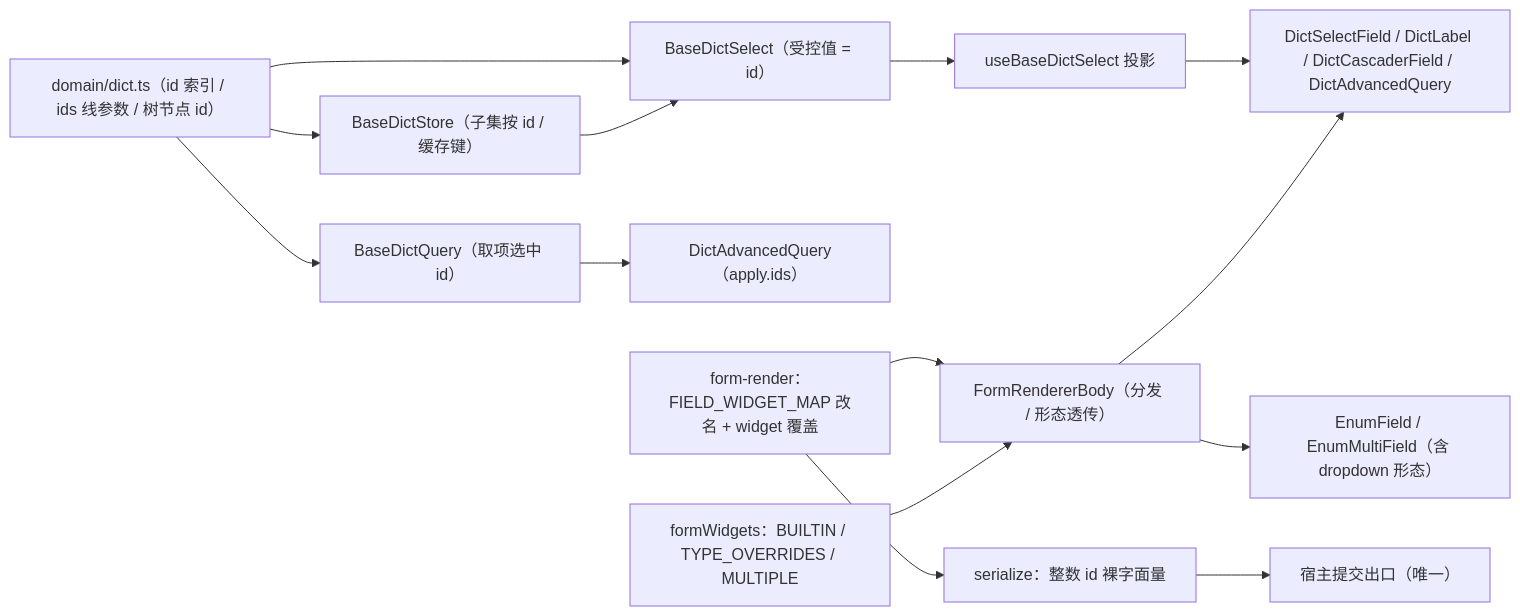
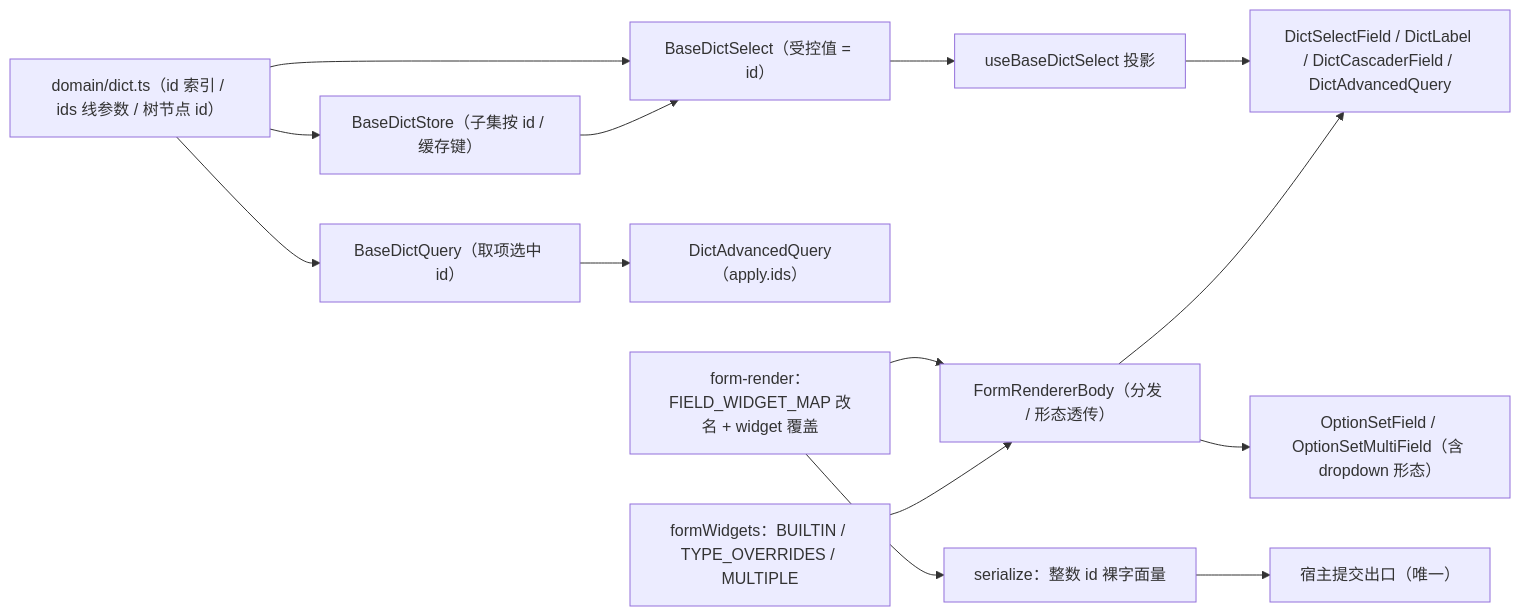
The first of 3 diagrams in bms文档/项目/04_前端组件库/任务/06_字段类/06_字段类_09_字典字段绑定ID返工/设计/01_详细设计_09_字典字段绑定ID返工.md (minjian123/basic-management-system), drawn with Mermaid before and after one commit. The commit also changed other lines of this file and 12 other files, not shown here.

````diff
--- a/bms文档/项目/04_前端组件库/任务/06_字段类/06_字段类_09_字典字段绑定ID返工/设计/01_详细设计_09_字典字段绑定ID返工.md
+++ b/bms文档/项目/04_前端组件库/任务/06_字段类/06_字段类_09_字典字段绑定ID返工/设计/01_详细设计_09_字典字段绑定ID返工.md
@@ -58,16 +58,16 @@
 ```mermaid
 flowchart LR
     DD["domain/dict.ts（id 索引 / ids 线参数 / 树节点 id）"] --> DS["BaseDictStore（子集按 id / 缓存键）"]
     DD --> DSel["BaseDictSelect（受控值 = id）"]
     DS --> DSel
     DD --> DQ["BaseDictQuery（取项选中 id）"]
     DSel --> UBS["useBaseDictSelect 投影"]
     UBS --> DCF["DictSelectField / DictLabel / DictCascaderField / DictAdvancedQuery"]
     DQ --> DAQ["DictAdvancedQuery（apply.ids）"]
     FR["form-render：FIELD_WIDGET_MAP 改名 + widget 覆盖"] --> FWB["FormRendererBody（分发 / 形态透传）"]
     FW["formWidgets：BUILTIN / TYPE_OVERRIDES / MULTIPLE"] --> FWB
     FWB --> DCF
-    FWB --> EF["EnumField / EnumMultiField（含 dropdown 形态）"]
+    FWB --> EF["OptionSetField / OptionSetMultiField（含 dropdown 形态）"]
     FR --> SER["serialize：整数 id 裸字面量"]
     SER --> SUBMIT["宿主提交出口（唯一）"]
 ```
````
